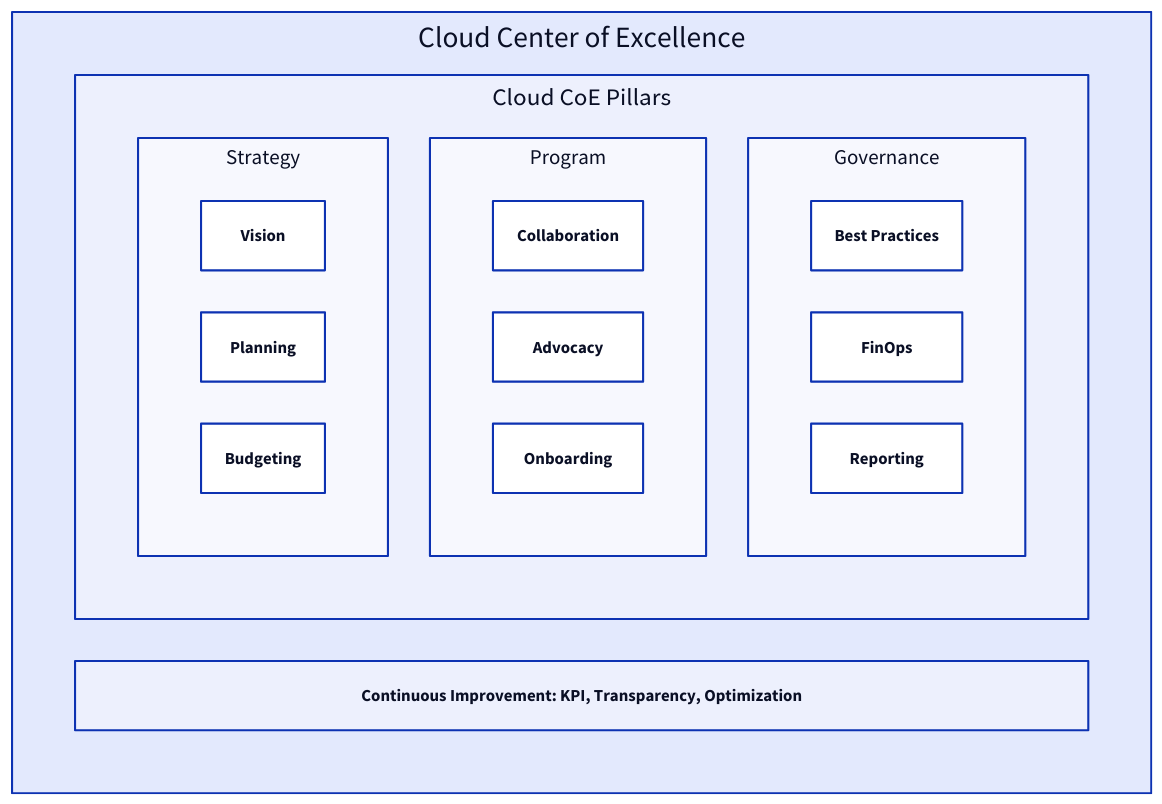
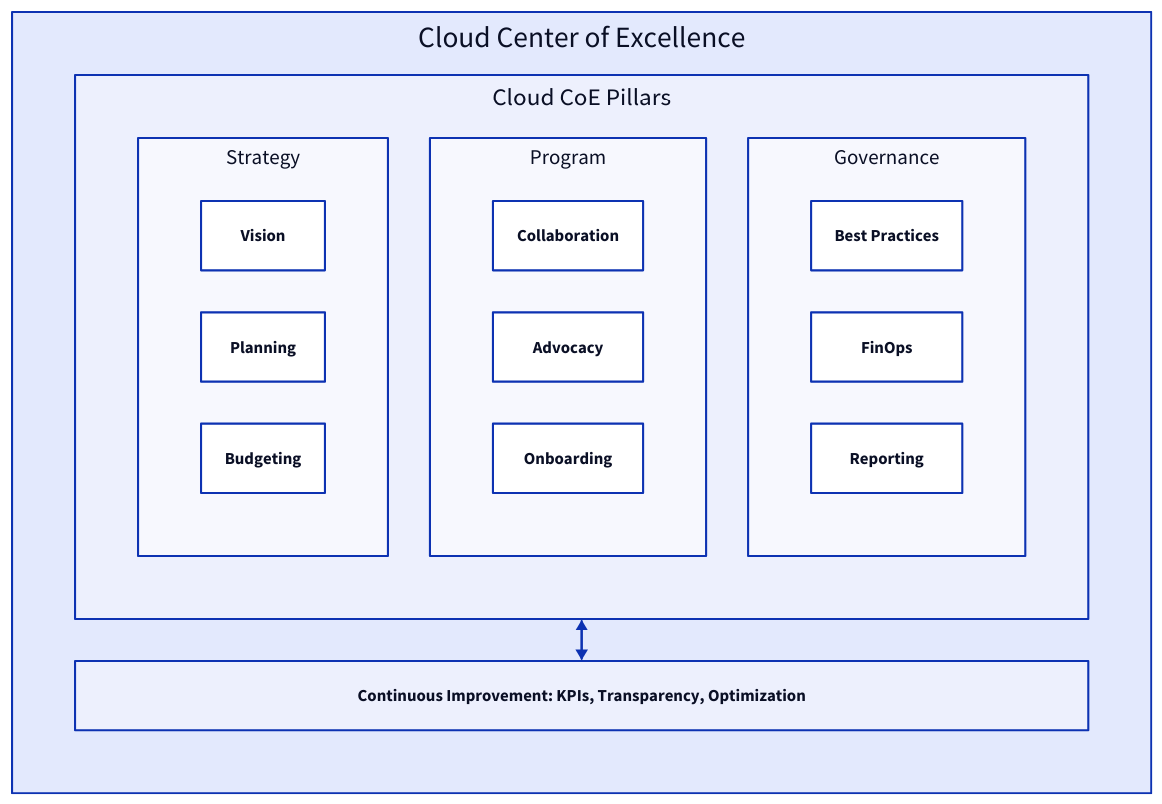
The first of 3 diagrams in certs/certdocs-main/src/content/docs/en/resources/research/CCoEs.mdx (pointcloudsw/wce), drawn with D2 before and after one commit. The commit also changed other lines of this file and 7 other files, not shown here.

````diff
--- a/certs/certdocs-main/src/content/docs/en/resources/research/CCoEs.mdx
+++ b/certs/certdocs-main/src/content/docs/en/resources/research/CCoEs.mdx
@@ -17,30 +17,30 @@
 ```d2
-    grid-columns: 3
+grid-columns: 3
 Cloud Center of Excellence: {
     grid-rows: 2
     Cloud CoE Pillars: {
-        grid-columns: 3
         grid-rows: 1
         Strategy: {
             grid-rows: 3
             Vision
             Planning
             Budgeting
         }
         Program: {
             grid-rows: 3
             Collaboration
             Advocacy
             Onboarding
         }
         Governance: {
             grid-rows: 3
             Best Practices
             FinOps
             Reporting
         }
     }
-    
-    Continuous Improvement\: KPI, Transparency, Optimization
+    Continuous Improvement\: KPIs, Transparency, Optimization
+Cloud CoE Pillars <-- Continuous Improvement\: KPIs, Transparency, Optimization
+Continuous Improvement\: KPIs, Transparency, Optimization <-- Cloud CoE Pillars
 }
 ```
````
